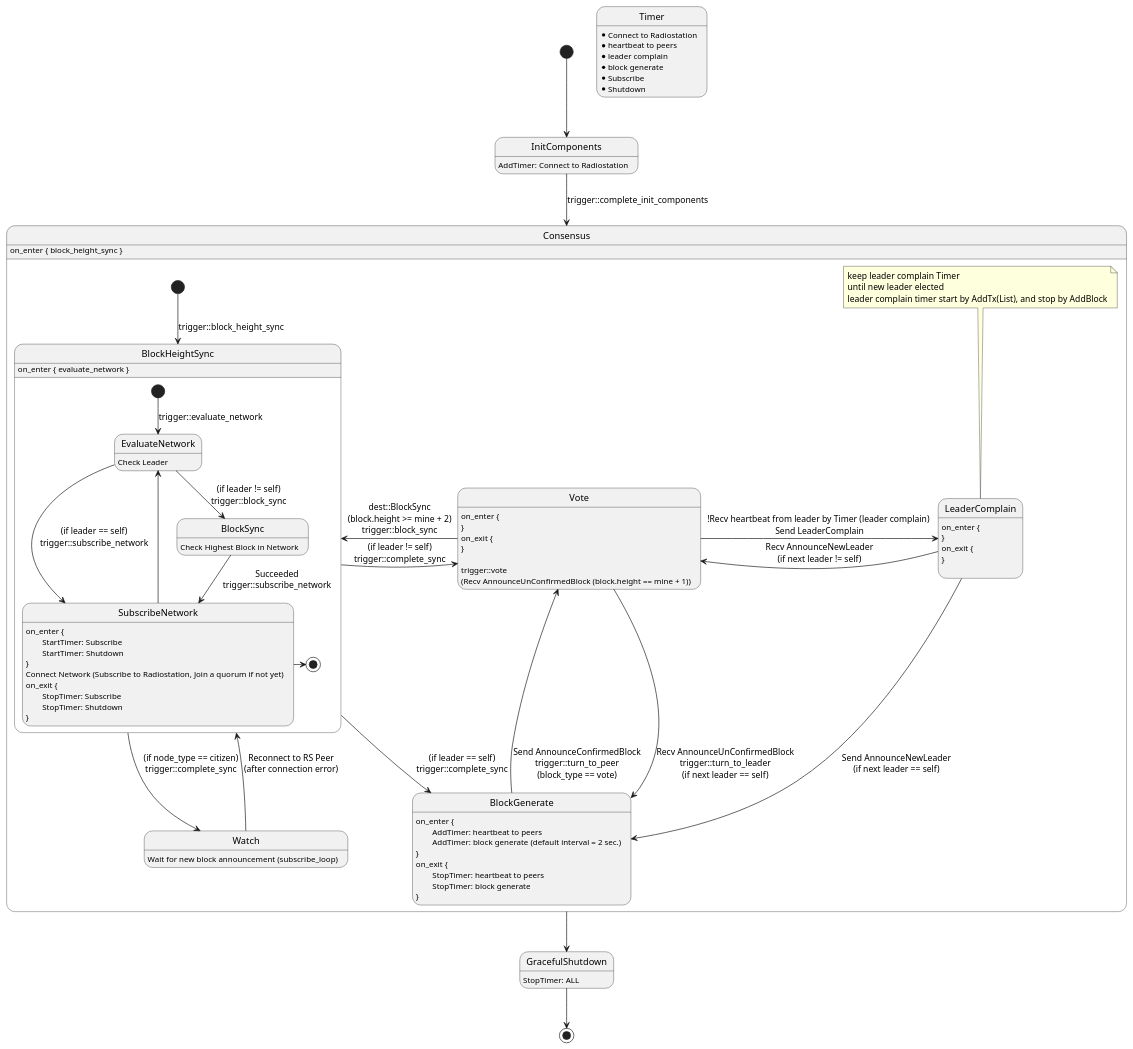
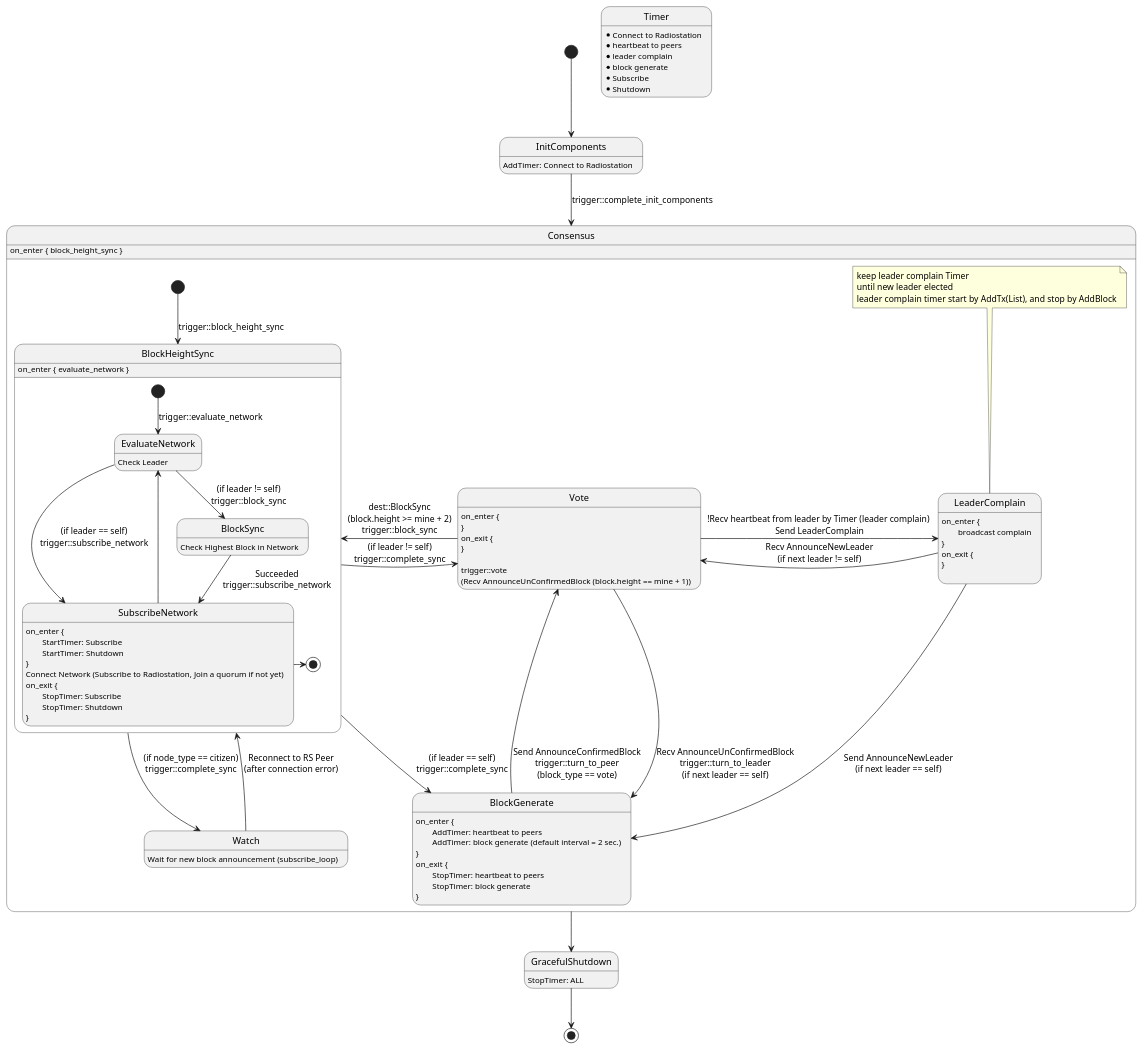
The diagram in docs/8. diagram/state_machine_in_siever.wsd (icon-project/loopchain), drawn with PlantUML before and after one commit. The commit also changed 5 other files, not shown here.

Commit message:
Add leader complain scenario

```diff
--- a/docs/8. diagram/state_machine_in_siever.wsd
+++ b/docs/8. diagram/state_machine_in_siever.wsd
@@ -1,89 +1,90 @@
 @startuml State Machine in Siever
 
 [*] --> InitComponents
 InitComponents: AddTimer: Connect to Radiostation
 
 InitComponents --> Consensus : trigger::complete_init_components
 
 state Timer
 Timer: * Connect to Radiostation
 Timer: * heartbeat to peers
 Timer: * leader complain
 Timer: * block generate
 Timer: * Subscribe
 Timer: * Shutdown
 
 state Consensus {
     Consensus: on_enter { block_height_sync }
     [*] --> BlockHeightSync : trigger::block_height_sync
 
     state BlockHeightSync {
         [*] --> EvaluateNetwork : trigger::evaluate_network
 
         EvaluateNetwork: Check Leader
         EvaluateNetwork --> BlockSync : (if leader != self)\ntrigger::block_sync
         EvaluateNetwork --> SubscribeNetwork : (if leader == self)\ntrigger::subscribe_network
 
         BlockSync: Check Highest Block in Network
         BlockSync --> SubscribeNetwork : Succeeded\ntrigger::subscribe_network
 
         SubscribeNetwork: on_enter {
         SubscribeNetwork: \tStartTimer: Subscribe
         SubscribeNetwork: \tStartTimer: Shutdown
         SubscribeNetwork:}
         SubscribeNetwork: Connect Network (Subscribe to Radiostation, Join a quorum if not yet)
         SubscribeNetwork: on_exit {
         SubscribeNetwork: \tStopTimer: Subscribe
         SubscribeNetwork: \tStopTimer: Shutdown
         SubscribeNetwork:}
         SubscribeNetwork -up-> EvaluateNetwork
         SubscribeNetwork -right-> [*]
     }
     BlockHeightSync: on_enter { evaluate_network }
     BlockHeightSync -> Watch: (if node_type == citizen)\ntrigger::complete_sync
     BlockHeightSync -> Vote: (if leader != self)\ntrigger::complete_sync
     BlockHeightSync --> BlockGenerate: (if leader == self)\ntrigger::complete_sync
     
     Watch: Wait for new block announcement (subscribe_loop)
     Watch --> BlockHeightSync: Reconnect to RS Peer\n(after connection error)
     Vote: on_enter {
     Vote: }
     Vote: on_exit {
     Vote: }
     Vote: 
     Vote: trigger::vote\n(Recv AnnounceUnConfirmedBlock (block.height == mine + 1))
     Vote -left-> BlockHeightSync : dest::BlockSync\n(block.height >= mine + 2)\ntrigger::block_sync
     Vote -> BlockGenerate : Recv AnnounceUnConfirmedBlock\ntrigger::turn_to_leader\n(if next leader == self)
     Vote -> LeaderComplain : !Recv heartbeat from leader by Timer (leader complain) \nSend LeaderComplain
 
     BlockGenerate: on_enter {
     BlockGenerate: \tAddTimer: heartbeat to peers
     BlockGenerate: \tAddTimer: block generate (default interval = 2 sec.)
     BlockGenerate: }
     BlockGenerate: on_exit {
     BlockGenerate: \tStopTimer: heartbeat to peers
     BlockGenerate: \tStopTimer: block generate
     BlockGenerate: }
     BlockGenerate -> Vote : Send AnnounceConfirmedBlock\ntrigger::turn_to_peer\n(block_type == vote)
 
     state LeaderComplain
     note top of LeaderComplain
       keep leader complain Timer
       until new leader elected
       leader complain timer start by AddTx(List), and stop by AddBlock
     end note
     LeaderComplain -> Vote : Recv AnnounceNewLeader\n(if next leader != self)
     LeaderComplain --> BlockGenerate : Send AnnounceNewLeader\n(if next leader == self)
     LeaderComplain: on_enter {
+    LeaderComplain: \tbroadcast complain
     LeaderComplain: }
     LeaderComplain: on_exit {
     LeaderComplain: }
     LeaderComplain: 
 }
 
 Consensus --> GracefulShutdown
 
 GracefulShutdown: StopTimer: ALL
 GracefulShutdown --> [*]
 
 @enduml
```
